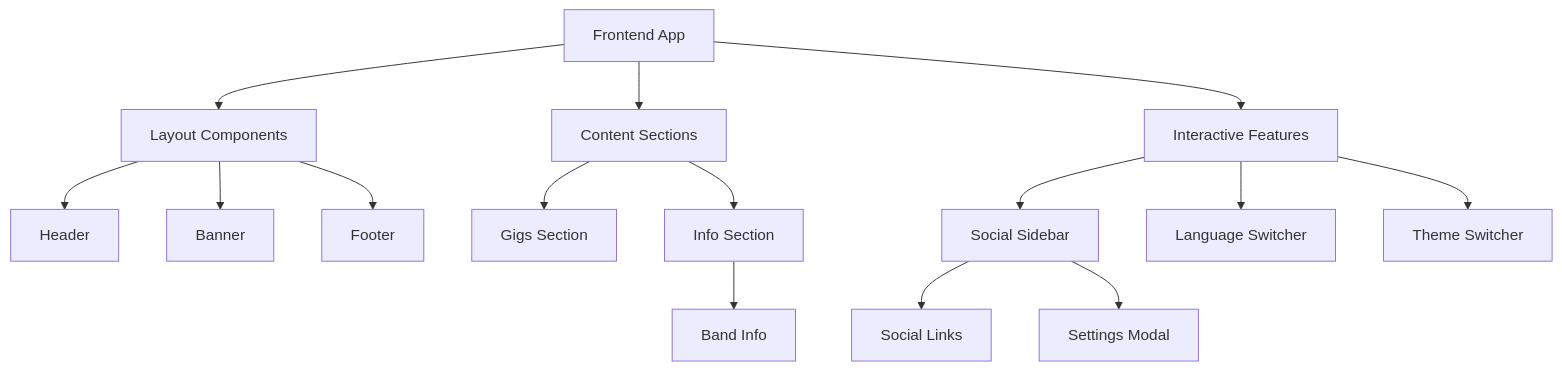
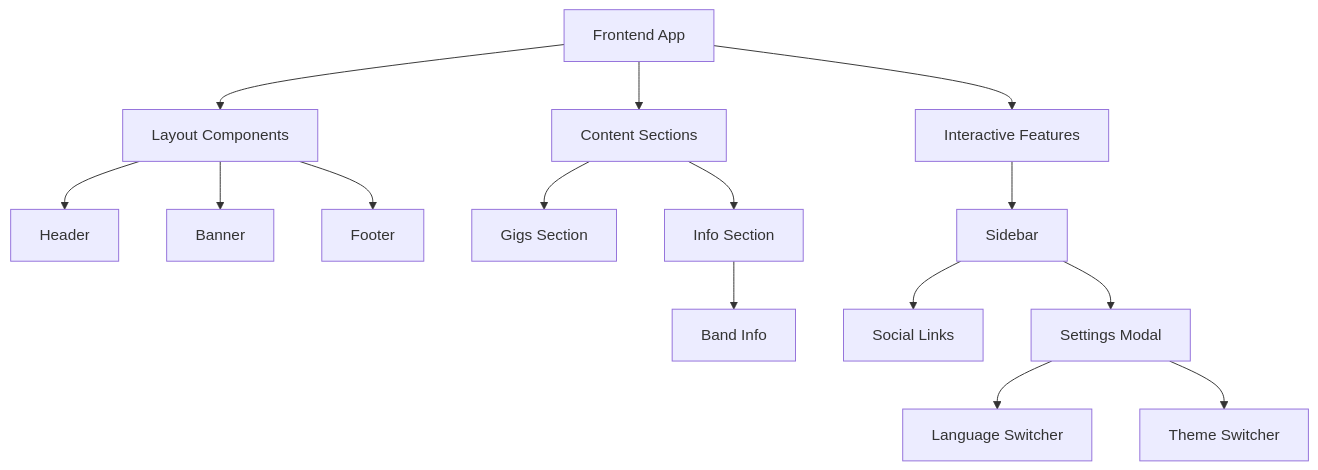
Before and after one commit to aj-kivimaki/jpx: the diagram in apps/frontend/README.md, drawn with Mermaid. The commit also changed other lines of this file and 10 other files, not shown here.

````diff
--- a/apps/frontend/README.md
+++ b/apps/frontend/README.md
@@ -15,21 +15,22 @@
 ```mermaid
 flowchart TD
     A[Frontend App] --> B[Layout Components]
     A --> C[Content Sections]
     A --> D[Interactive Features]
 
     B --> E[Header]
     B --> F[Banner]
     B --> G[Footer]
 
     C --> H[Gigs Section]
     C --> I[Info Section]
 
-    D --> J[Social Sidebar]
-    D --> K[Language Switcher]
-    D --> L[Theme Switcher]
+    D --> J[Sidebar]
 
     I --> N[Band Info]
     J --> O[Social Links]
     J --> P[Settings Modal]
+
+    P --> K[Language Switcher]
+    P --> L[Theme Switcher]
 ```
````
